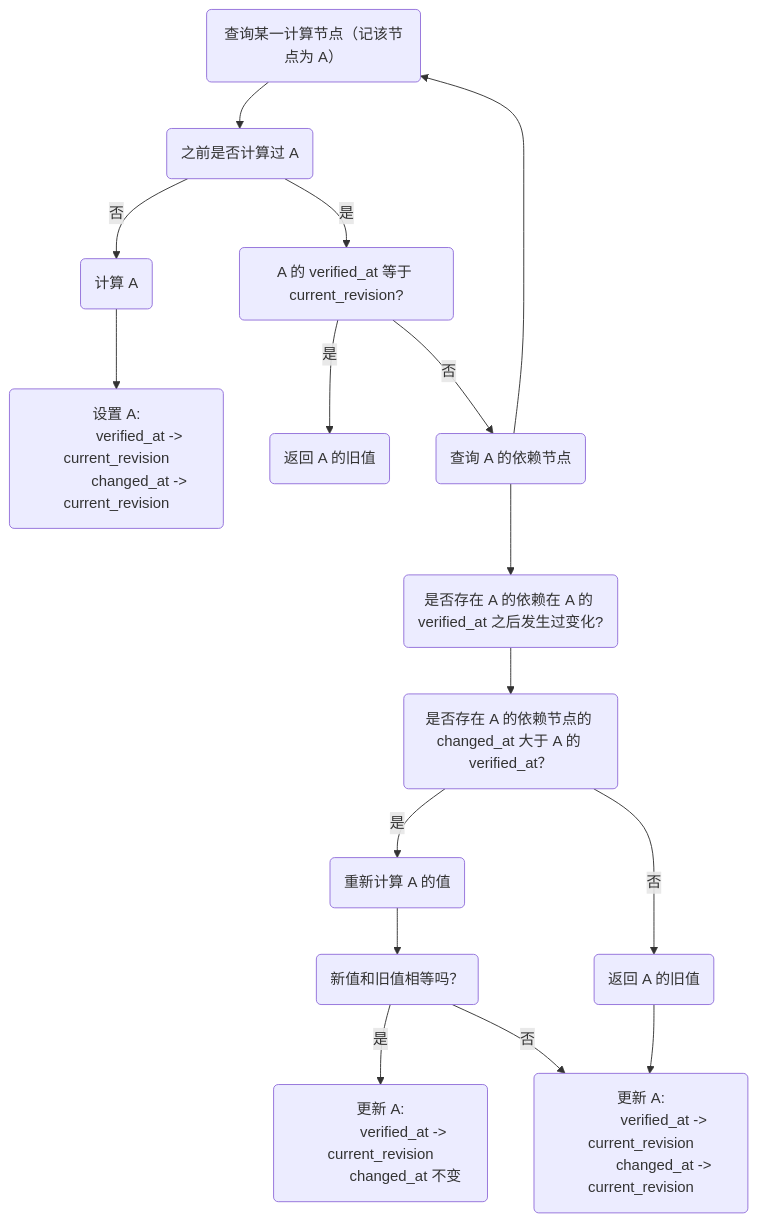
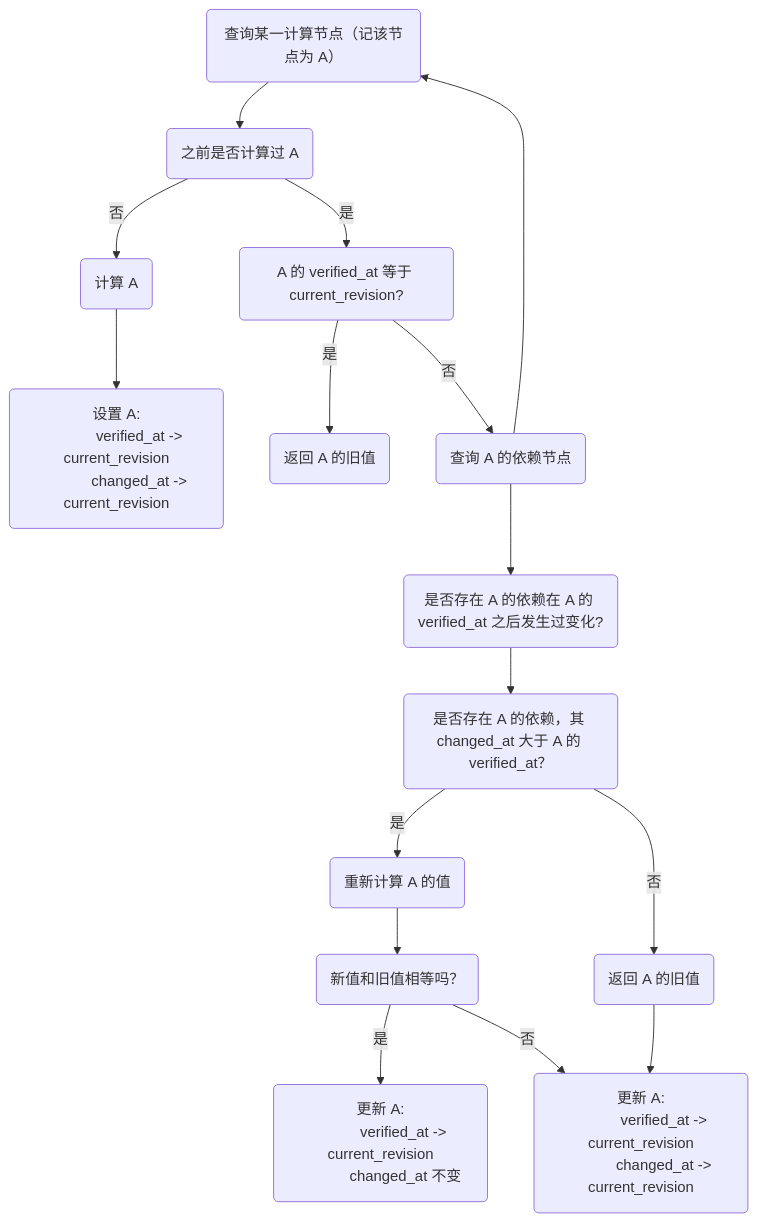
One commit to xffxff/xffxff.github.io changed the sixth of 6 diagrams in posts/how_salsa_works.md. Above: the diagram before and after it, drawn with Mermaid.

````diff
--- a/posts/how_salsa_works.md
+++ b/posts/how_salsa_works.md
@@ -202,44 +202,44 @@
 ```mermaid
 graph TD
     A("查询某一计算节点（记该节点为 A）")
     B("之前是否计算过 A")
     A --> B
     C("A 的 verified_at 等于 current_revision?")
     B --> |否| N
     B --> |是| C
     C --> |是| D("返回 A 的旧值")
 
     N("计算 A")
 
     O("设置 A:
             verified_at -> current_revision
             changed_at -> current_revision")
     N --> O
 
 
     C --> |否| G
     G("查询 A 的依赖节点")
     F("是否存在 A 的依赖在 A 的 verified_at 之后发生过变化?")
     G --> A
     G --> F
 
-    I("是否存在 A 的依赖节点的 changed_at 大于 A 的 verified_at？")
+    I("是否存在 A 的依赖，其 changed_at 大于 A 的 verified_at？")
     F --> I
     I --> |是| J("重新计算 A 的值")
     I --> |否| K("返回 A 的旧值")
 
     M("更新 A:
             verified_at -> current_revision
             changed_at -> current_revision")
 
     K --> M
 
     P("新值和旧值相等吗？")
     J --> P
     P -->|是| L("更新 A:
             verified_at -> current_revision
             changed_at 不变")
 
 
     P --> |否| M
 ```
````
